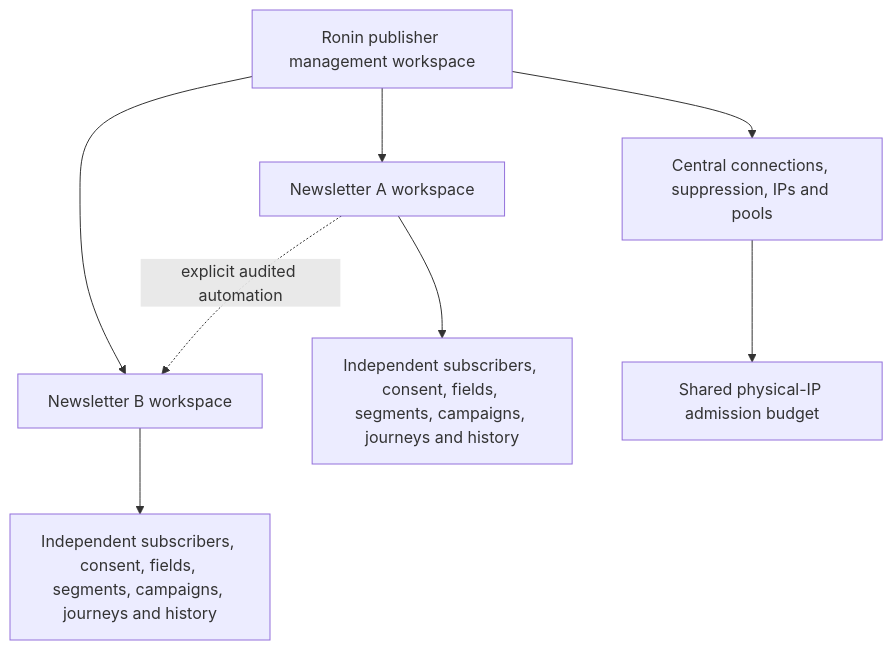
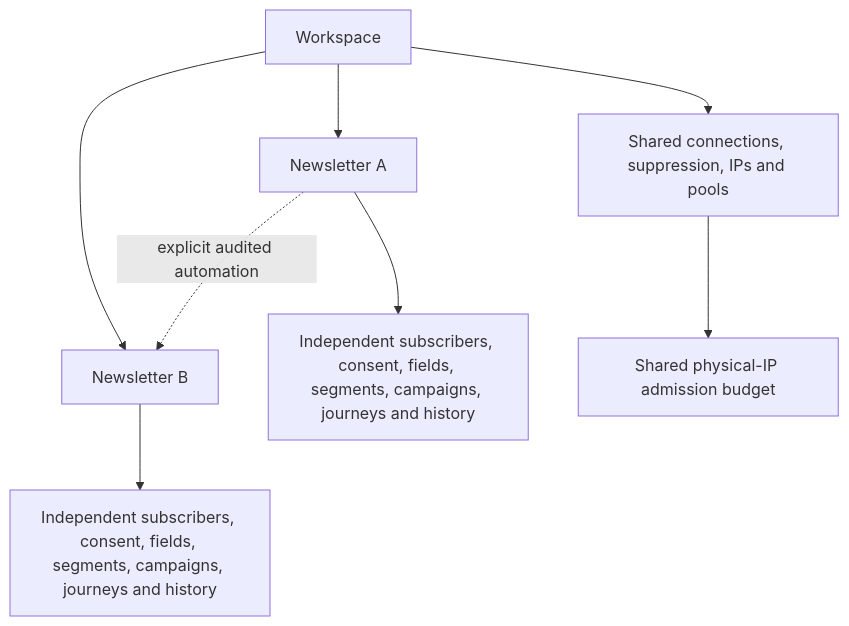
One commit to roninpublishing/dittofeed changed the diagram in packages/docs/guide/newsletters.mdx. Above: the diagram before and after it, drawn with Mermaid. The commit also changed other lines of this file and 16 other files, not shown here.

First line of the commit message:
feat(ui): use workspace and newsletter hierarchy throughout the dashboard

````diff
--- a/packages/docs/guide/newsletters.mdx
+++ b/packages/docs/guide/newsletters.mdx
@@ -9,11 +9,11 @@
 ```mermaid
 flowchart TD
-  P[Ronin publisher management workspace]
-  P --> C[Central connections, suppression, IPs and pools]
-  P --> A[Newsletter A workspace]
-  P --> B[Newsletter B workspace]
+  P[Workspace]
+  P --> C[Shared connections, suppression, IPs and pools]
+  P --> A[Newsletter A]
+  P --> B[Newsletter B]
   A --> DA[Independent subscribers, consent, fields, segments, campaigns, journeys and history]
   B --> DB[Independent subscribers, consent, fields, segments, campaigns, journeys and history]
   A -. explicit audited automation .-> B
   C --> IP[Shared physical-IP admission budget]
 ```
````
